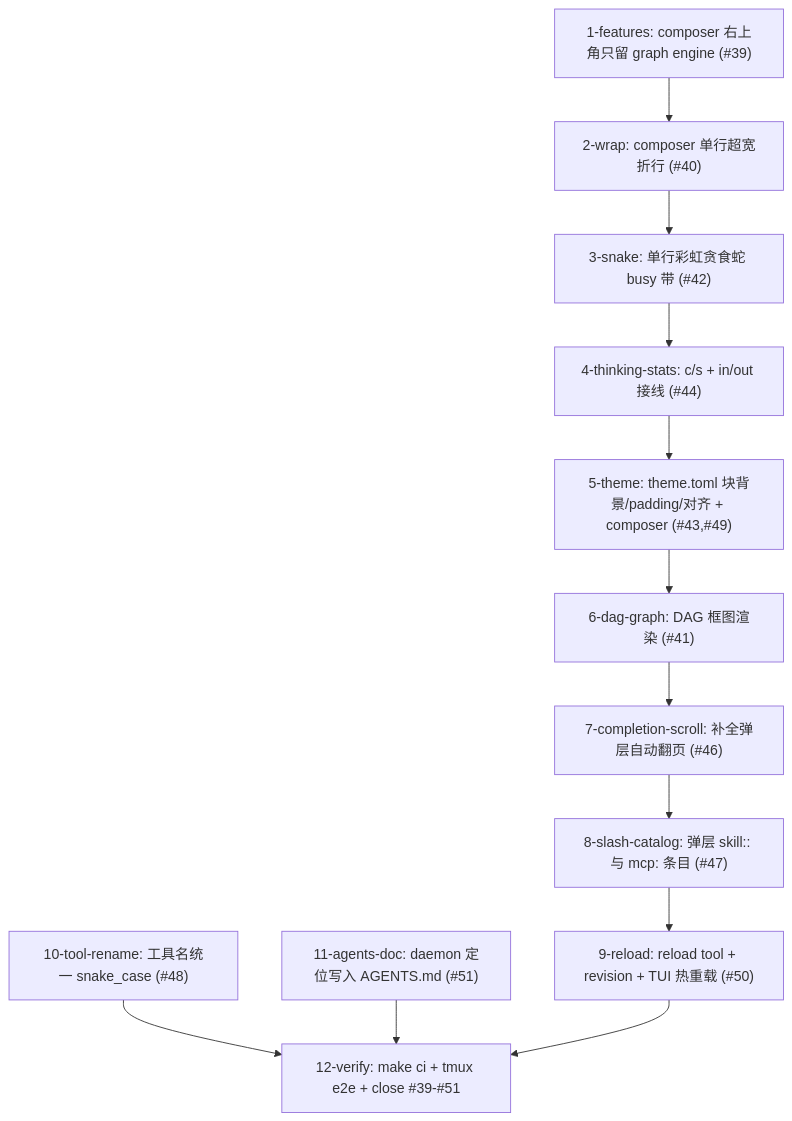
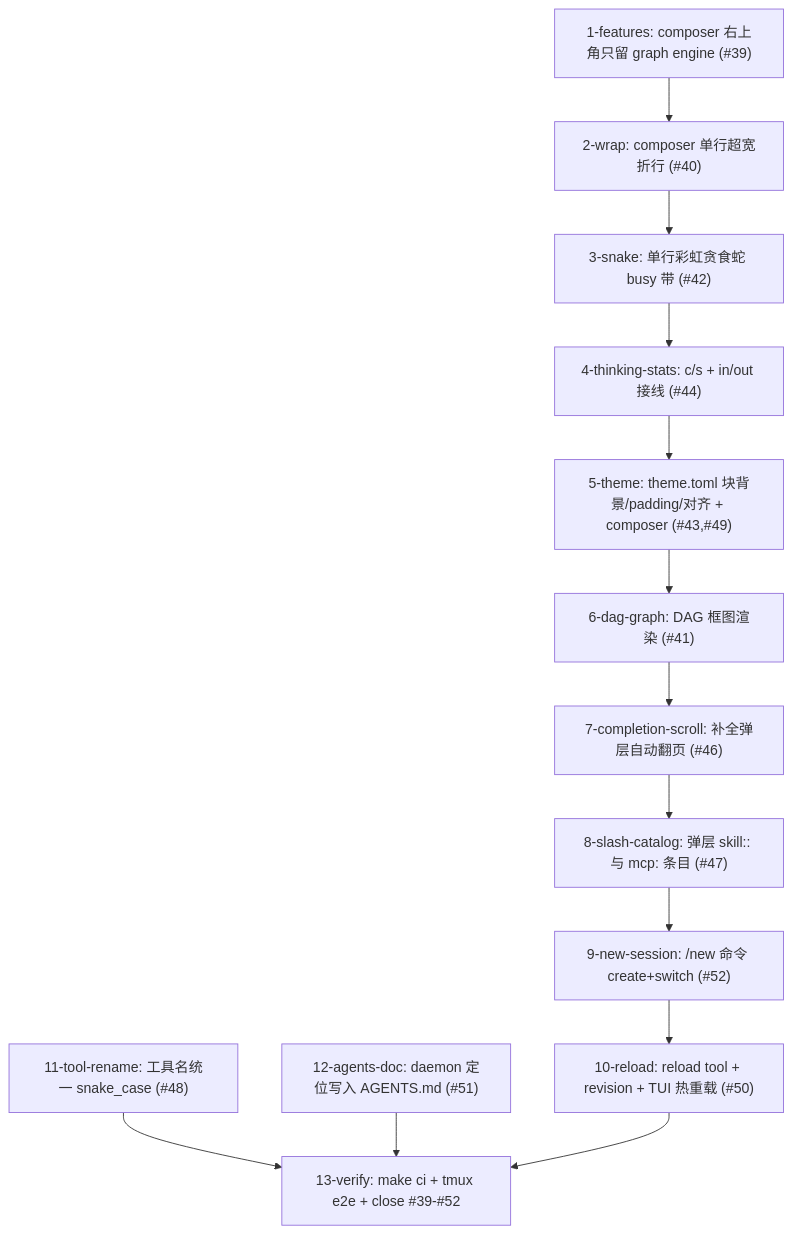
Before and after one commit to ptlzc/theway: the diagram in openspec/changes/tui-batch-polish/tasks.md, drawn with Mermaid. The commit also changed other lines of this file and 1 other file, not shown here.

Commit message:
docs(#52): /new 命令入列（9-new-session，主链第 9 节点，后续节点顺延）

````diff
--- a/openspec/changes/tui-batch-polish/tasks.md
+++ b/openspec/changes/tui-batch-polish/tasks.md
@@ -3,14 +3,15 @@
 ```mermaid
 graph TD
   A["1-features: composer 右上角只留 graph engine (#39)"] --> B["2-wrap: composer 单行超宽折行 (#40)"]
   B --> C["3-snake: 单行彩虹贪食蛇 busy 带 (#42)"]
   C --> D["4-thinking-stats: c/s + in/out 接线 (#44)"]
   D --> E["5-theme: theme.toml 块背景/padding/对齐 + composer (#43,#49)"]
   E --> F["6-dag-graph: DAG 框图渲染 (#41)"]
   F --> G["7-completion-scroll: 补全弹层自动翻页 (#46)"]
   G --> H["8-slash-catalog: 弹层 skill:: 与 mcp: 条目 (#47)"]
-  H --> I["9-reload: reload tool + revision + TUI 热重载 (#50)"]
-  J["10-tool-rename: 工具名统一 snake_case (#48)"] --> L["12-verify"]
-  K["11-agents-doc: daemon 定位写入 AGENTS.md (#51)"] --> L["12-verify"]
-  I --> L["12-verify: make ci + tmux e2e + close #39-#51"]
+  H --> I["9-new-session: /new 命令 create+switch (#52)"]
+  I --> J["10-reload: reload tool + revision + TUI 热重载 (#50)"]
+  K["11-tool-rename: 工具名统一 snake_case (#48)"] --> M["13-verify"]
+  L["12-agents-doc: daemon 定位写入 AGENTS.md (#51)"] --> M["13-verify"]
+  J --> M["13-verify: make ci + tmux e2e + close #39-#52"]
 ```
````
